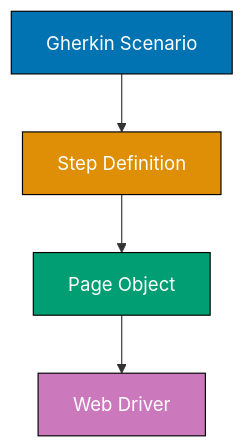
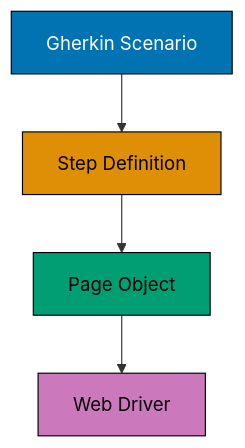
Before and after one commit to wahidyankf/ose-public: the first of 9 diagrams in apps/ayokoding-www/content/en/learn/legacy/software-engineering/development/behavior-driven-development-bdd/by-example/intermediate.md, drawn with Mermaid. The commit also changed other lines of this file and 78 other files, not shown here.

First line of the commit message:
fix(mermaid): bring the remaining legacy software-engineering diagrams onto the accessible palette

````diff
--- a/apps/ayokoding-www/content/en/learn/legacy/software-engineering/development/behavior-driven-development-bdd/by-example/intermediate.md
+++ b/apps/ayokoding-www/content/en/learn/legacy/software-engineering/development/behavior-driven-development-bdd/by-example/intermediate.md
@@ -18,11 +18,18 @@
 ```mermaid
 graph TD
+    accTitle: Example 31: Page Object Model - Separating UI Logic from Tests
+    accDescr: Graph with 4 nodes and 3 connections. Nodes: Gherkin Scenario, Step Definition, Page Object, Web Driver. Connections: Gherkin Scenario to Step Definition, Step Definition to Page Object, Page Object to Web Driver.
     A[Gherkin Scenario] --> B[Step Definition]
     B --> C[Page Object]
     C --> D[Web Driver]
 
-    style A fill:#0173B2,stroke:#000,color:#fff
-    style B fill:#DE8F05,stroke:#000,color:#fff
-    style C fill:#029E73,stroke:#000,color:#fff
-    style D fill:#CC78BC,stroke:#000,color:#fff
+    classDef pal-0173B2 fill:#0173B2,stroke:#000000,color:#FFFFFF
+    class A pal-0173B2
+    classDef pal-DE8F05 fill:#DE8F05,stroke:#000000,color:#000000
+    class B pal-DE8F05
+    classDef pal-029E73 fill:#029E73,stroke:#000000,color:#000000
+    class C pal-029E73
+    classDef pal-CC78BC fill:#CC78BC,stroke:#000000,color:#000000
+    class D pal-CC78BC
+    classDef default fill:#FFFFFF,stroke:#000000,color:#000000
 ```
````
